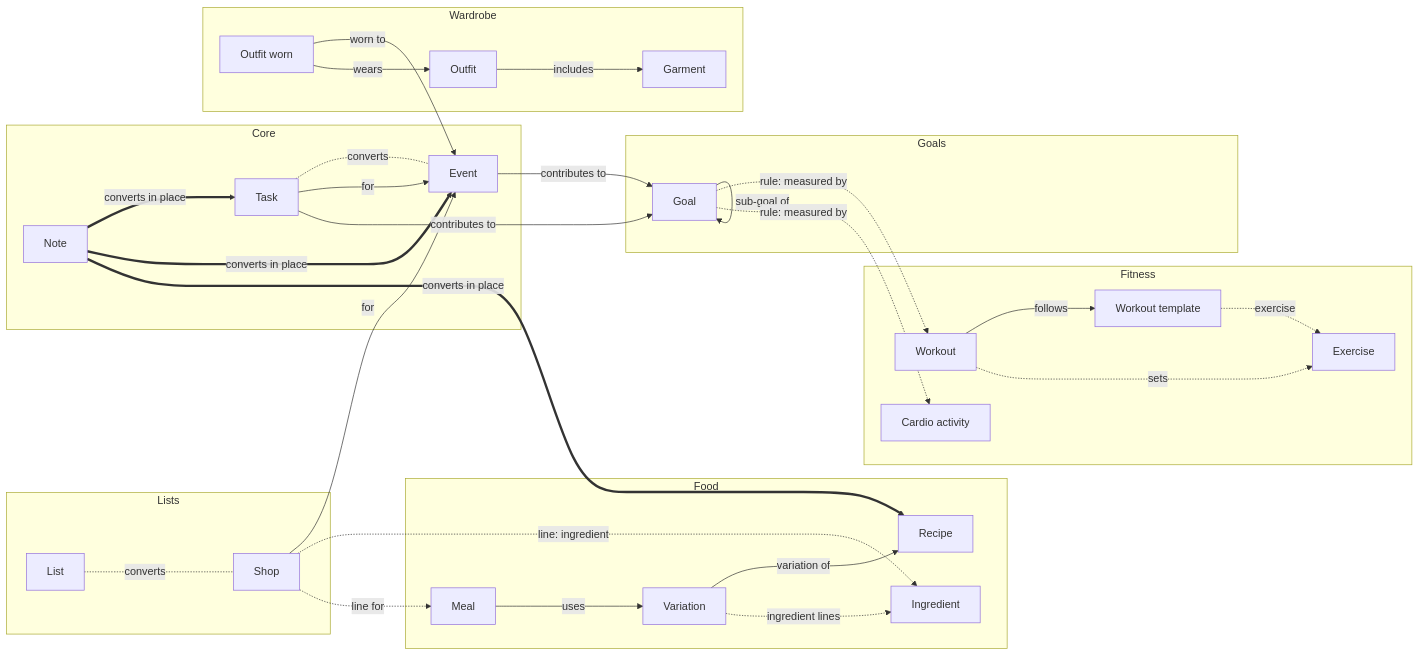
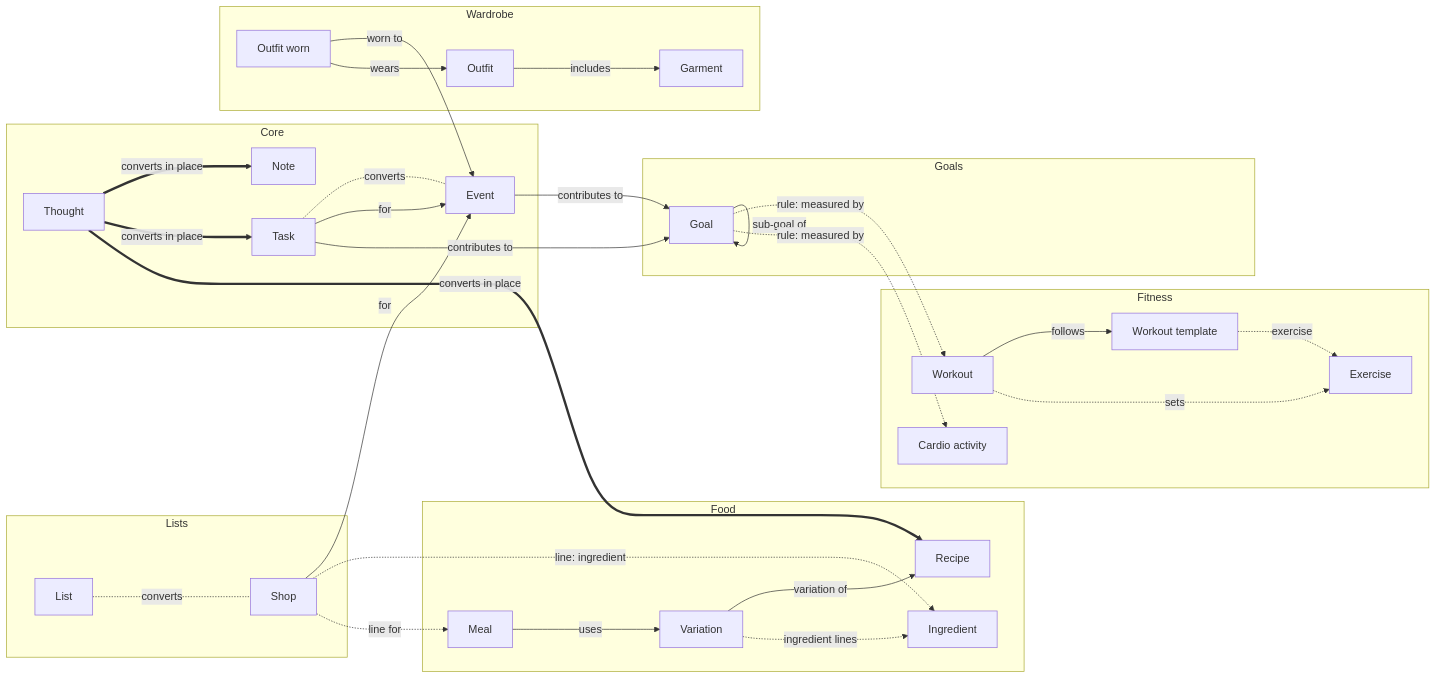
Before and after one commit to joestables/lifeos: the first of 2 diagrams in docs/20-architecture/data-model.md, drawn with Mermaid. The commit also changed other lines of this file and 49 other files, not shown here.

````diff
--- a/docs/20-architecture/data-model.md
+++ b/docs/20-architecture/data-model.md
@@ -276,59 +278,60 @@
 ```mermaid
 flowchart LR
   subgraph CORE[Core]
+    Thought
     Note
     Task
     Event
   end
   subgraph FOOD[Food]
     Recipe
     Variation
     Meal
     Ingredient
   end
   subgraph LISTS[Lists]
     List
     Shop
   end
   subgraph WARDROBE[Wardrobe]
     Garment
     Outfit
     OutfitWorn[Outfit worn]
   end
   subgraph FITNESS[Fitness]
     Exercise
     Template[Workout template]
     Workout
     Cardio[Cardio activity]
   end
   subgraph GOALS[Goals]
     Goal
   end
 
-  Note == converts in place ==> Task
-  Note == converts in place ==> Event
-  Note == converts in place ==> Recipe
+  Thought == converts in place ==> Note
+  Thought == converts in place ==> Task
+  Thought == converts in place ==> Recipe
   Task -. converts .- Event
   List -. converts .- Shop
 
   Meal -- uses --> Variation
   Variation -- variation of --> Recipe
   Task -- for --> Event
   Shop -- for --> Event
   OutfitWorn -- worn to --> Event
   OutfitWorn -- wears --> Outfit
   Outfit -- includes --> Garment
   Workout -- follows --> Template
   Task -- contributes to --> Goal
   Event -- contributes to --> Goal
   Goal -- sub-goal of --> Goal
 
   Variation -. "ingredient lines" .-> Ingredient
   Shop -. "line: ingredient" .-> Ingredient
   Shop -. line for .-> Meal
   Template -. exercise .-> Exercise
   Workout -. sets .-> Exercise
 
   Goal -. "rule: measured by" .-> Workout
   Goal -. "rule: measured by" .-> Cardio
 ```
````
